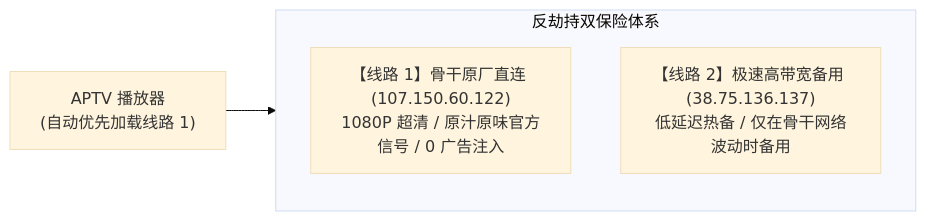
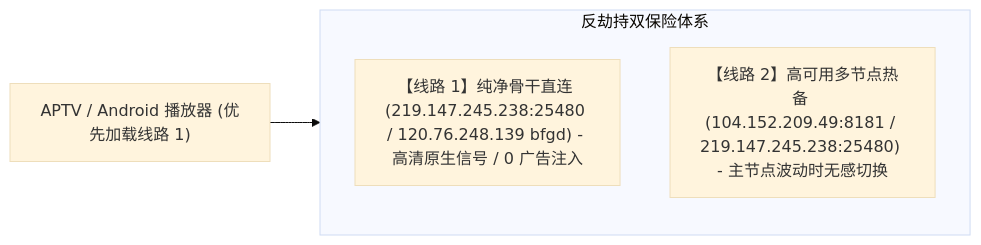
The second of 2 diagrams in IPTV_SETUP_AND_MAINTENANCE_GUIDE.md (heme9999/iptv-live), drawn with Mermaid (base theme) before and after one commit. The commit also changed other lines of this file and 6 other files, not shown here.

````diff
--- a/IPTV_SETUP_AND_MAINTENANCE_GUIDE.md
+++ b/IPTV_SETUP_AND_MAINTENANCE_GUIDE.md
@@ -118,9 +121,9 @@
 ```mermaid
 graph LR
     subgraph Defense["反劫持双保险体系"]
         direction TB
-        L1["【线路 1】骨干原厂直连 (107.150.60.122)<br/>1080P 超清 / 原汁原味官方信号 / 0 广告注入"]
-        L2["【线路 2】极速高带宽备用 (38.75.136.137)<br/>低延迟热备 / 仅在骨干网络波动时备用"]
+        L1["【线路 1】纯净骨干直连 (219.147.245.238:25480 / 120.76.248.139 bfgd) - 高清原生信号 / 0 广告注入"]
+        L2["【线路 2】高可用多节点热备 (104.152.209.49:8181 / 219.147.245.238:25480) - 主节点波动时无感切换"]
     end
-    APTV_PLAYER["APTV 播放器<br/>(自动优先加载线路 1)"] --> Defense
+    APTV_PLAYER["APTV / Android 播放器 (优先加载线路 1)"] --> Defense
 ```
````
